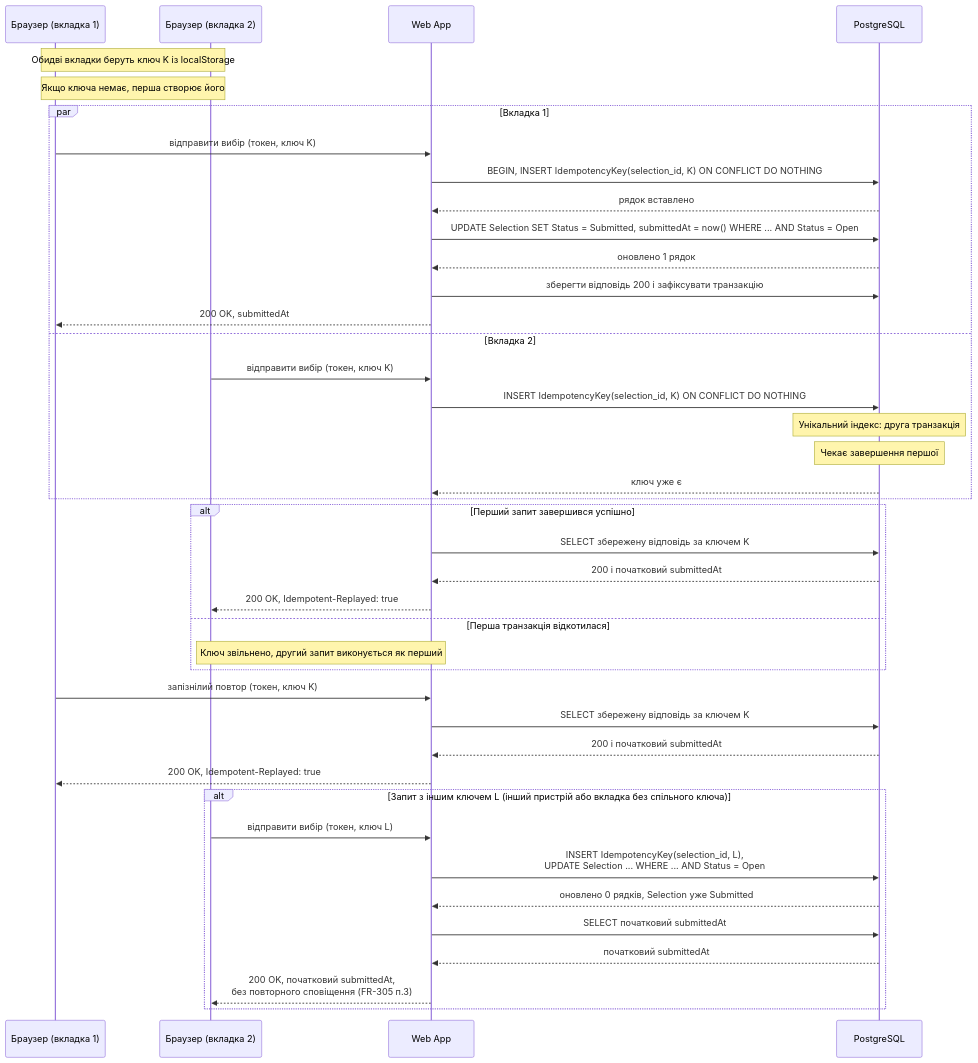
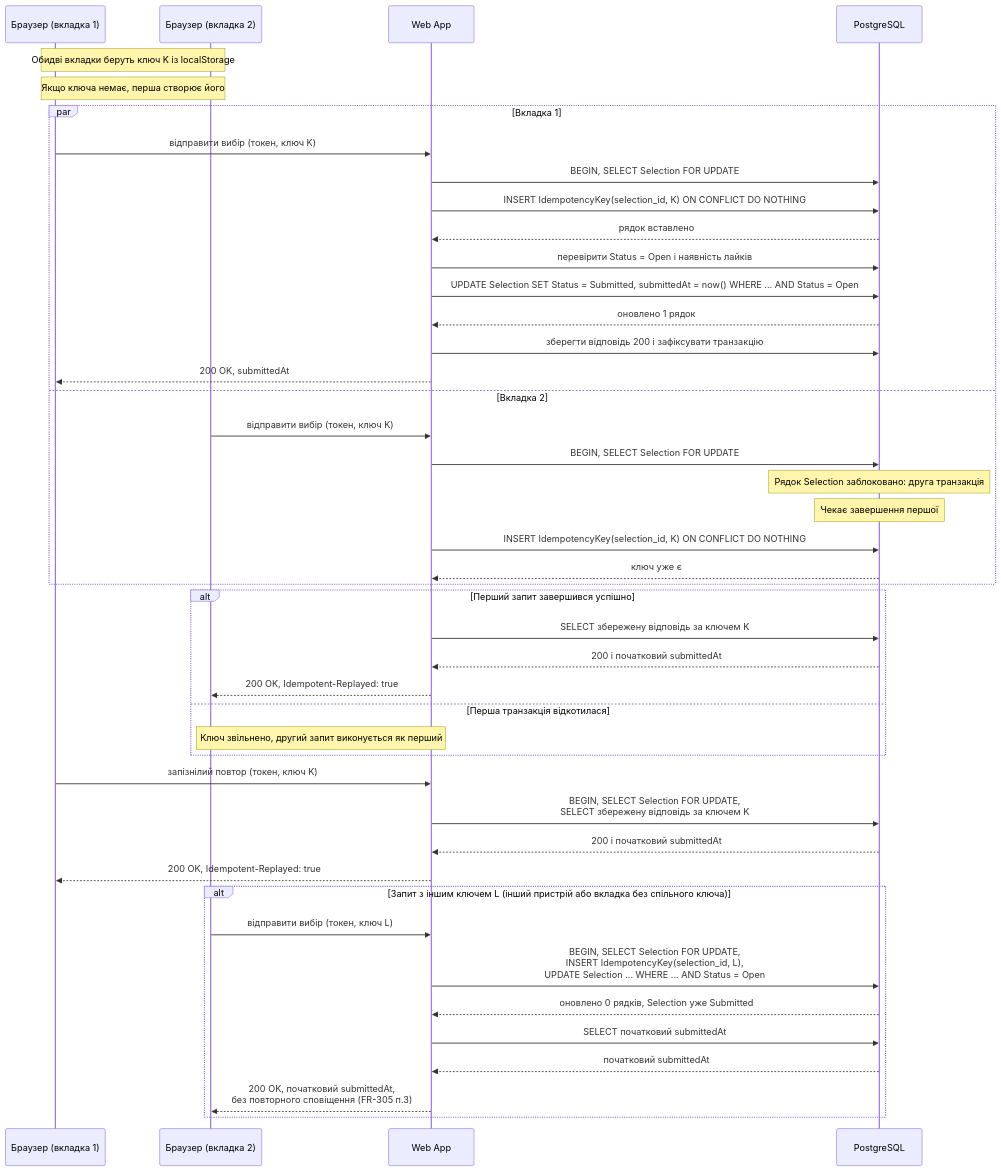
One commit to alonasaienko/picpick changed the diagram in docs/06-concurrency/cs-301-idempotency-key.md. Above: the diagram before and after it, drawn with Mermaid. The commit also changed other lines of this file, not shown here.

Commit message:
#39 CS-301: блокування Selection перед ключем ідемпотентності, як у моделі зони C

````diff
--- a/docs/06-concurrency/cs-301-idempotency-key.md
+++ b/docs/06-concurrency/cs-301-idempotency-key.md
@@ -27,44 +27,47 @@
 ```mermaid
 sequenceDiagram
     participant B1 as Браузер (вкладка 1)
     participant B2 as Браузер (вкладка 2)
     participant API as Web App
     participant DB as PostgreSQL
 
     Note over B1,B2: Обидві вкладки беруть ключ K із localStorage
     Note over B1,B2: Якщо ключа немає, перша створює його
     par Вкладка 1
         B1->>API: відправити вибір (токен, ключ K)
-        API->>DB: BEGIN, INSERT IdempotencyKey(selection_id, K) ON CONFLICT DO NOTHING
+        API->>DB: BEGIN, SELECT Selection FOR UPDATE
+        API->>DB: INSERT IdempotencyKey(selection_id, K) ON CONFLICT DO NOTHING
         DB-->>API: рядок вставлено
+        API->>DB: перевірити Status = Open і наявність лайків
         API->>DB: UPDATE Selection SET Status = Submitted, submittedAt = now() WHERE ... AND Status = Open
         DB-->>API: оновлено 1 рядок
         API->>DB: зберегти відповідь 200 і зафіксувати транзакцію
         API-->>B1: 200 OK, submittedAt
     and Вкладка 2
         B2->>API: відправити вибір (токен, ключ K)
+        API->>DB: BEGIN, SELECT Selection FOR UPDATE
+        Note over DB: Рядок Selection заблоковано: друга транзакція
+        Note over DB: Чекає завершення першої
         API->>DB: INSERT IdempotencyKey(selection_id, K) ON CONFLICT DO NOTHING
-        Note over DB: Унікальний індекс: друга транзакція
-        Note over DB: Чекає завершення першої
         DB-->>API: ключ уже є
     end
     alt Перший запит завершився успішно
         API->>DB: SELECT збережену відповідь за ключем K
         DB-->>API: 200 і початковий submittedAt
         API-->>B2: 200 OK, Idempotent-Replayed: true
     else Перша транзакція відкотилася
         Note over API,B2: Ключ звільнено, другий запит виконується як перший
     end
     B1->>API: запізнілий повтор (токен, ключ K)
-    API->>DB: SELECT збережену відповідь за ключем K
+    API->>DB: BEGIN, SELECT Selection FOR UPDATE,<br/>SELECT збережену відповідь за ключем K
     DB-->>API: 200 і початковий submittedAt
     API-->>B1: 200 OK, Idempotent-Replayed: true
     alt Запит з іншим ключем L (інший пристрій або вкладка без спільного ключа)
         B2->>API: відправити вибір (токен, ключ L)
-        API->>DB: INSERT IdempotencyKey(selection_id, L),<br/>UPDATE Selection ... WHERE ... AND Status = Open
+        API->>DB: BEGIN, SELECT Selection FOR UPDATE,<br/>INSERT IdempotencyKey(selection_id, L),<br/>UPDATE Selection ... WHERE ... AND Status = Open
         DB-->>API: оновлено 0 рядків, Selection уже Submitted
         API->>DB: SELECT початковий submittedAt
         DB-->>API: початковий submittedAt
         API-->>B2: 200 OK, початковий submittedAt,<br/>без повторного сповіщення (FR-305 п.3)
     end
 ```
````
